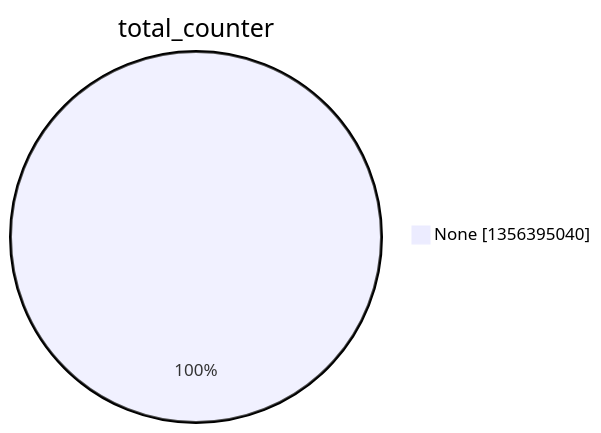
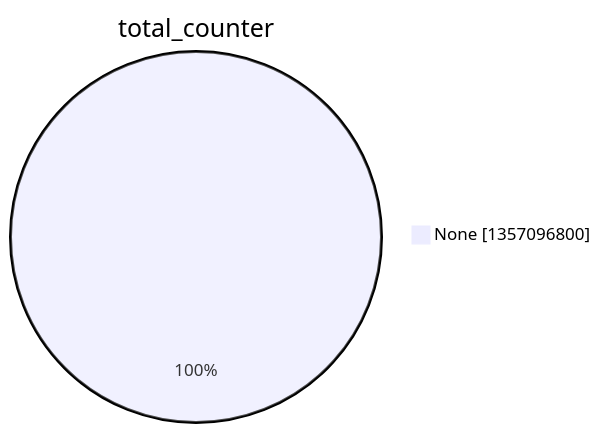
One commit to christiankrug/ctmonitor_visualization changed the second of 15 diagrams in argon2022/README.md. Above: the diagram before and after it, drawn with Mermaid. The commit also changed other lines of this file, not shown here.

````diff
--- a/argon2022/README.md
+++ b/argon2022/README.md
@@ -9,5 +9,5 @@
 ```mermaid
 pie showData
 title total_counter
-"None" :1356395040
+"None" :1357096800
 ```
````
